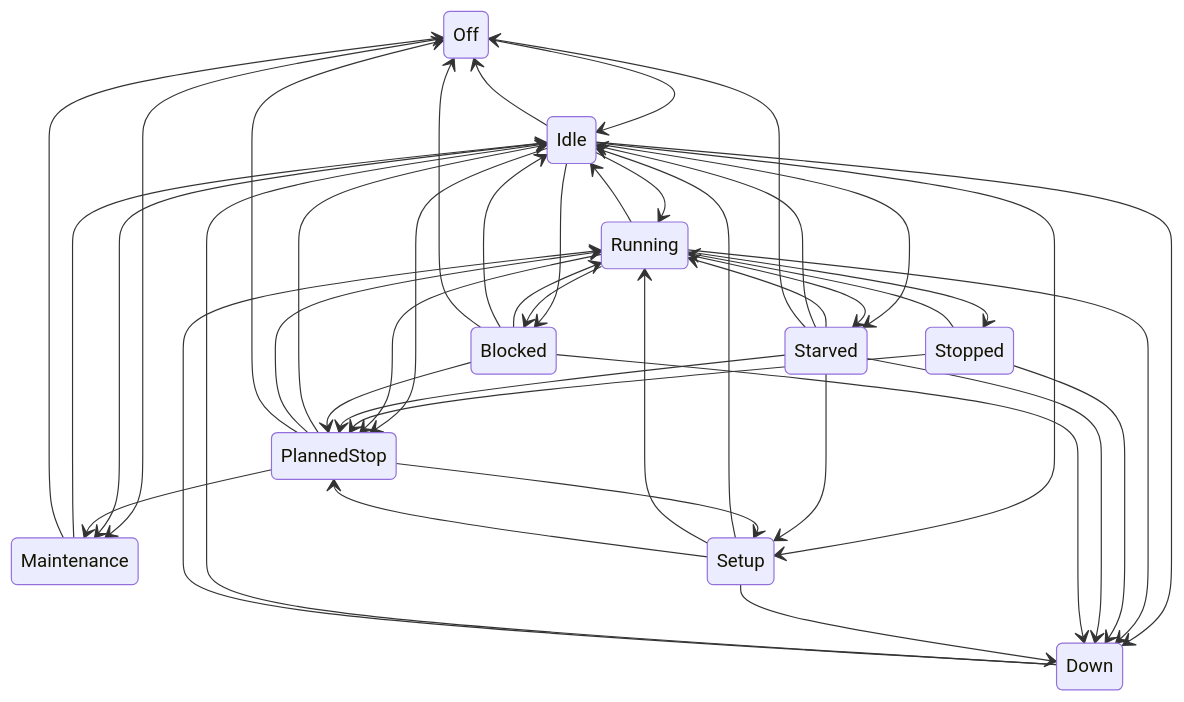
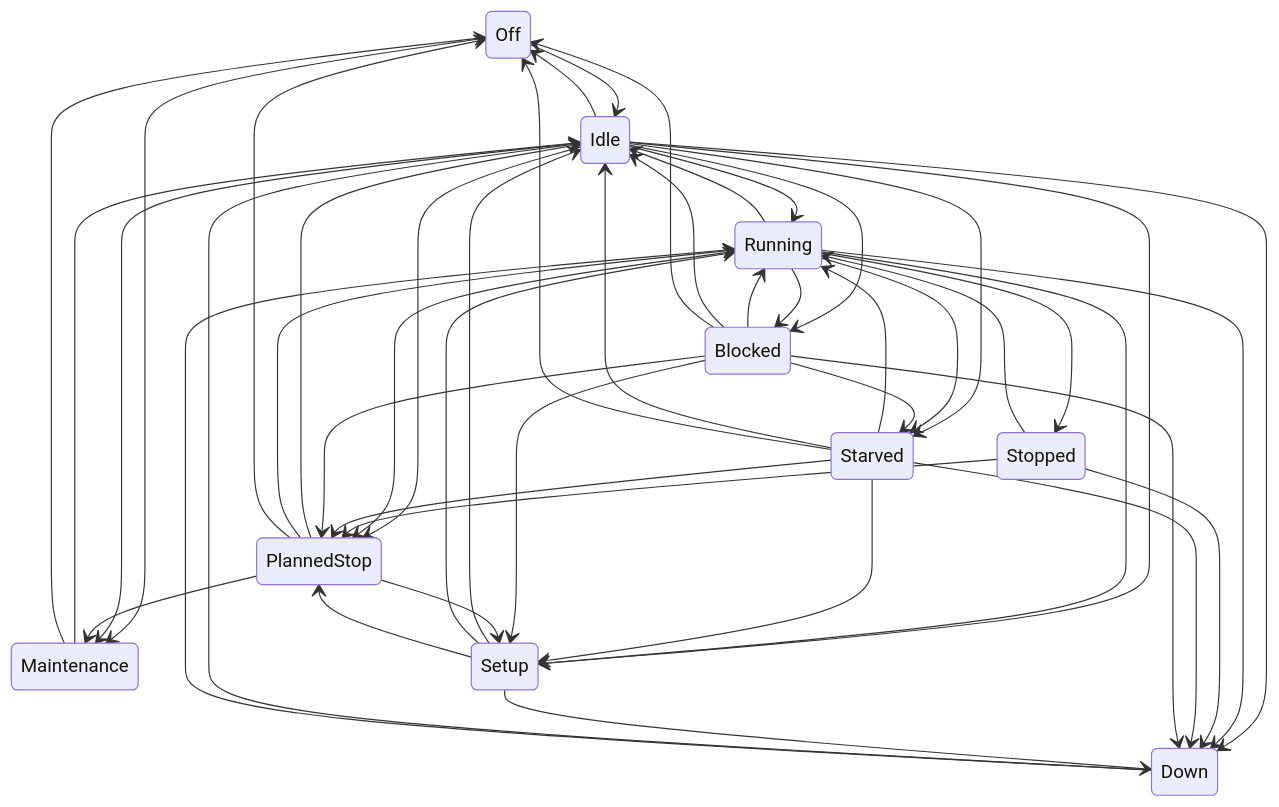
Before and after one commit to kubilayture/shopfloor-twin: the diagram in docs/simulation-model.md, drawn with Mermaid. The commit also changed other lines of this file and 10 other files, not shown here.

Commit message:
feat(simulator): add material flow with buffers, blocking, starving and changeovers

````diff
--- a/docs/simulation-model.md
+++ b/docs/simulation-model.md
@@ -24,46 +24,49 @@
 ```mermaid
 stateDiagram-v2
   Off --> Idle
   Off --> Maintenance
   Idle --> Running
   Idle --> Starved
   Idle --> Blocked
   Idle --> Setup
   Idle --> Down
   Idle --> PlannedStop
   Idle --> Maintenance
   Idle --> Off
   Running --> Idle
   Running --> Stopped
   Running --> Starved
   Running --> Blocked
   Running --> Down
+  Running --> Setup
   Running --> PlannedStop
   Stopped --> Running
   Stopped --> Down
   Stopped --> PlannedStop
   Starved --> Running
   Starved --> Idle
   Starved --> Setup
   Starved --> Down
   Starved --> PlannedStop
   Starved --> Off
   Blocked --> Running
   Blocked --> Idle
+  Blocked --> Starved
+  Blocked --> Setup
   Blocked --> Down
   Blocked --> PlannedStop
   Blocked --> Off
   Setup --> Idle
   Setup --> Running
   Setup --> Down
   Setup --> PlannedStop
   Down --> Idle
   Down --> Running
   PlannedStop --> Idle
   PlannedStop --> Running
   PlannedStop --> Setup
   PlannedStop --> Maintenance
   PlannedStop --> Off
   Maintenance --> Idle
   Maintenance --> Off
 ```
````
